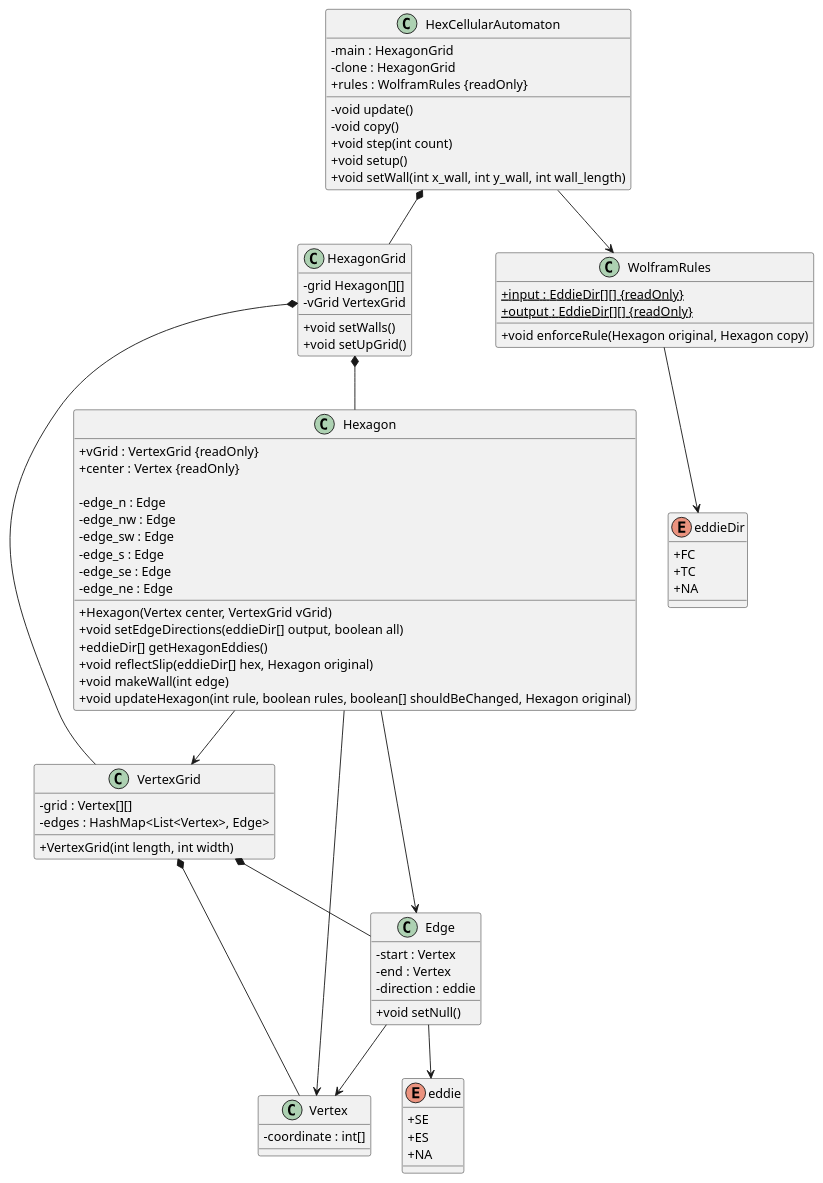
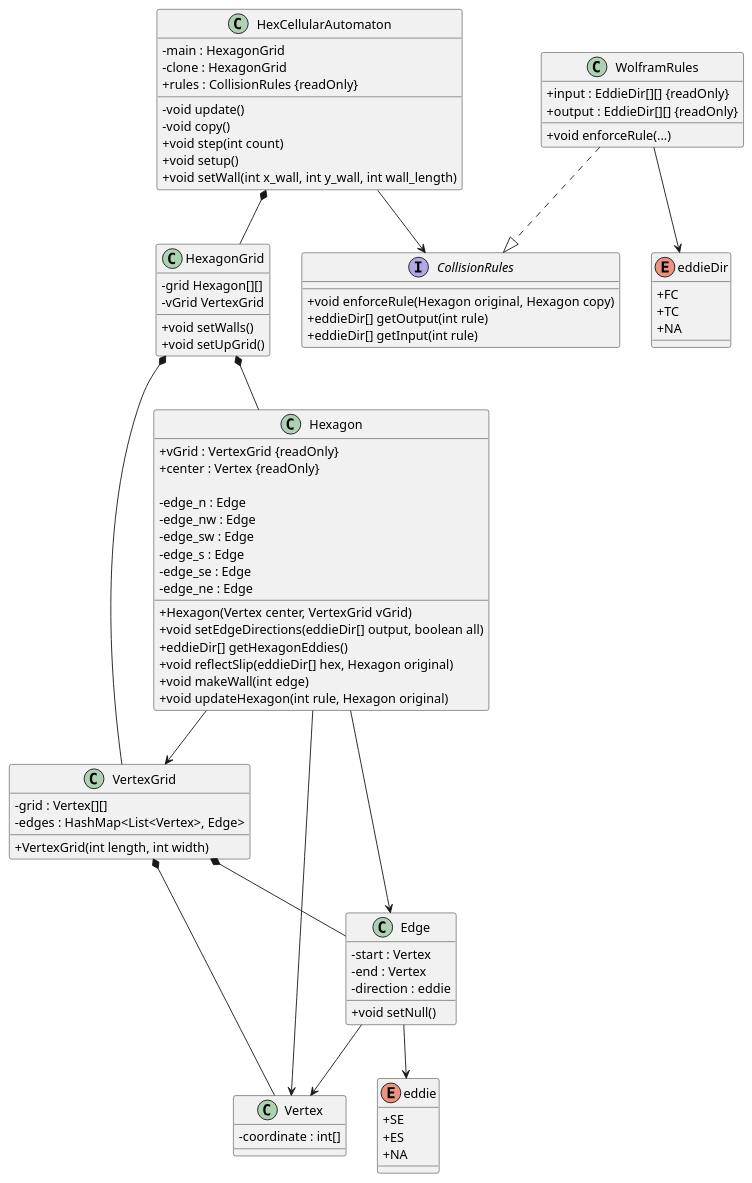
Before and after one commit to taronsci/Capstone: the diagram in src/UML class diagram.puml, drawn with PlantUML. The commit also changed 6 other files, not shown here.

Commit message:
simplified update method, added Interface for Rules

```diff
--- a/src/UML class diagram.puml
+++ b/src/UML class diagram.puml
@@ -1,97 +1,103 @@
 @startuml
 skinparam classAttributeIconSize 0
 
 class Vertex {
   - coordinate : int[]
 }
 
 enum eddie{
     + SE
     + ES
     + NA
 }
 
 class Edge {
   - start : Vertex
   - end : Vertex
   - direction : eddie
   + void setNull()
 }
 
 class VertexGrid {
   - grid : Vertex[][]
   - edges : HashMap<List<Vertex>, Edge>
   + VertexGrid(int length, int width)
 }
 
 enum eddieDir{
     + FC
     + TC
     + NA
 }
 
 class Hexagon {
     + vGrid : VertexGrid {readOnly}
     + center : Vertex {readOnly}
 
     - edge_n : Edge
     - edge_nw : Edge
     - edge_sw : Edge
     - edge_s : Edge
     - edge_se : Edge
     - edge_ne : Edge
 
     + Hexagon(Vertex center, VertexGrid vGrid)
 '    - void setEdgeDirection(Edge e, eddieDir dir)
 '    + boolean hasDirection(int edge)
     + void setEdgeDirections(eddieDir[] output, boolean all)
 '    + void setDirection(int edge, eddieDir dir)
     + eddieDir[] getHexagonEddies()
     + void reflectSlip(eddieDir[] hex, Hexagon original)
     + void makeWall(int edge)
-    + void updateHexagon(int rule, boolean rules, boolean[] shouldBeChanged, Hexagon original)
+    + void updateHexagon(int rule, Hexagon original)
 }
 
 class HexagonGrid {
     - grid Hexagon[][]
     - vGrid VertexGrid
     + void setWalls()
     + void setUpGrid()
 }
 
 class WolframRules{
-    + {static} input : EddieDir[][] {readOnly}
-    + {static} output : EddieDir[][] {readOnly}
+    + input : EddieDir[][] {readOnly}
+    + output : EddieDir[][] {readOnly}
+    + void enforceRule(...)
+}
+interface CollisionRules{
     + void enforceRule(Hexagon original, Hexagon copy)
+    + eddieDir[] getOutput(int rule)
+    + eddieDir[] getInput(int rule)
 }
 
 class HexCellularAutomaton{
     - main : HexagonGrid
     - clone : HexagonGrid
-    + rules : WolframRules {readOnly}
+    + rules : CollisionRules {readOnly}
     - void update()
     - void copy()
     + void step(int count)
     + void setup()
     + void setWall(int x_wall, int y_wall, int wall_length)
 }
 
 Edge --> Vertex
 
 Edge --> eddie
 WolframRules --> eddieDir
+WolframRules ..|> CollisionRules
 
 VertexGrid *-- Edge
 VertexGrid *-- Vertex
 
 Hexagon --> VertexGrid
 Hexagon --> Vertex
 Hexagon --> Edge
 
 HexagonGrid *-- Hexagon
 HexagonGrid *-- VertexGrid
 
 HexCellularAutomaton *-- HexagonGrid
-HexCellularAutomaton --> WolframRules
+HexCellularAutomaton --> CollisionRules
 
 @enduml
```
